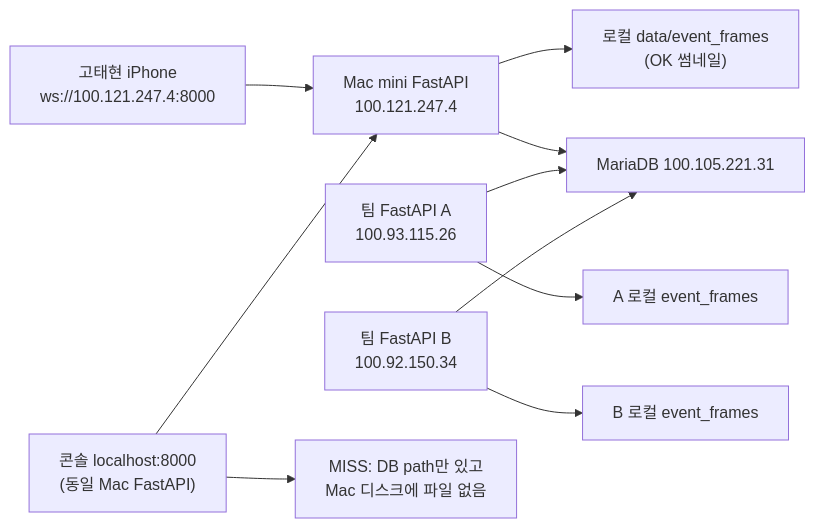
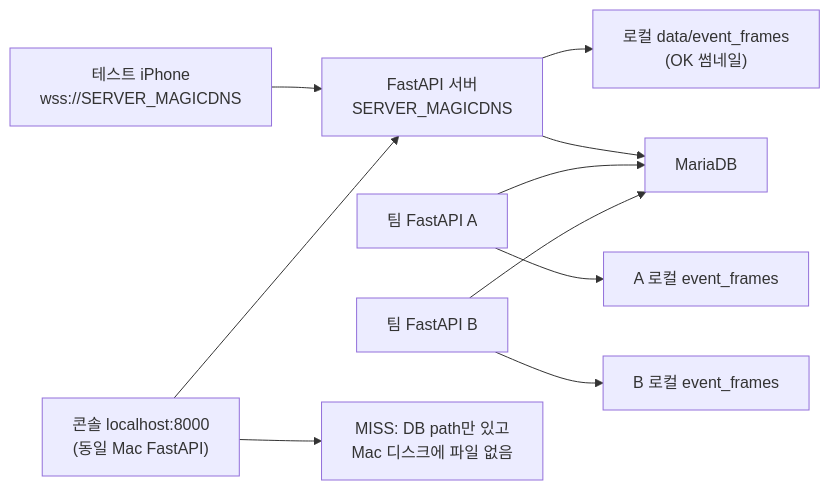
One commit to Groog-sudo/Minchodan changed the diagram in docs/ops/event_frame_image_loss_investigation.md. Above: the diagram before and after it, drawn with Mermaid. The commit also changed other lines of this file and 78 other files, not shown here.

````diff
--- a/docs/ops/event_frame_image_loss_investigation.md
+++ b/docs/ops/event_frame_image_loss_investigation.md
@@ -162,14 +162,14 @@
 ```mermaid
 graph LR
-    A["고태현 iPhone<br/>ws://100.121.247.4:8000"] --> B["Mac mini FastAPI<br/>100.121.247.4"]
+    A["테스트 iPhone<br/>wss://SERVER_MAGICDNS"] --> B["FastAPI 서버<br/>SERVER_MAGICDNS"]
     B --> C["로컬 data/event_frames<br/>(OK 썸네일)"]
-    B --> D["MariaDB 100.105.221.31"]
+    B --> D["MariaDB <TAILSCALE_IP>"]
 
-    E["팀 FastAPI A<br/>100.93.115.26"] --> F["A 로컬 event_frames"]
-    G["팀 FastAPI B<br/>100.92.150.34"] --> H["B 로컬 event_frames"]
+    E["팀 FastAPI A<br/><TAILSCALE_IP>"] --> F["A 로컬 event_frames"]
+    G["팀 FastAPI B<br/><TAILSCALE_IP>"] --> H["B 로컬 event_frames"]
     E --> D
     G --> D
 
     I["콘솔 localhost:8000<br/>(동일 Mac FastAPI)"] --> B
     I --> J["MISS: DB path만 있고<br/>Mac 디스크에 파일 없음"]
 ```
````
